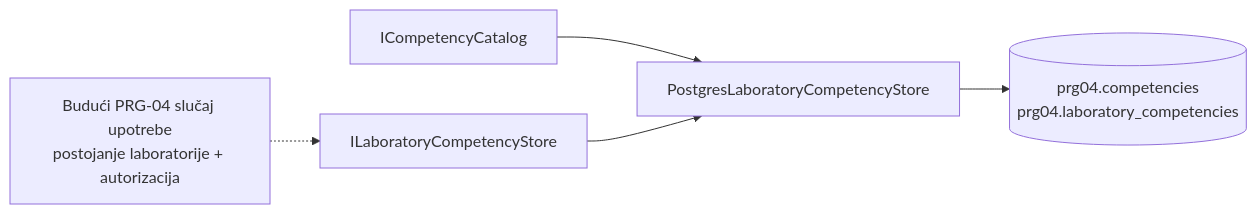
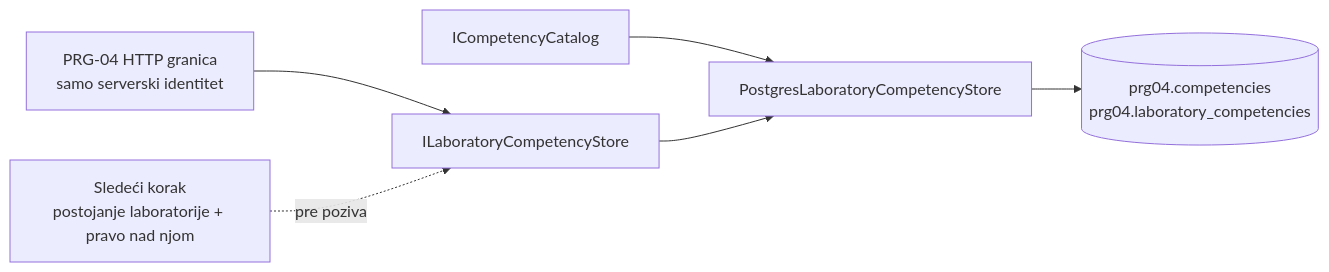
One commit to djufa762x39/security-lab changed the diagram in docs/components/PRG-04-storage.md. Above: the diagram before and after it, drawn with Mermaid. The commit also changed other lines of this file and 7 other files, not shown here.

Commit message:
feat/prg-04/add identity-gated competency API

````diff
--- a/docs/components/PRG-04-storage.md
+++ b/docs/components/PRG-04-storage.md
@@ -51,8 +71,8 @@
 ```mermaid
 flowchart LR
-  Caller["Budući PRG-04 slučaj upotrebe<br/>postojanje laboratorije + autorizacija"]
-  Caller -.-> Store["ILaboratoryCompetencyStore"]
+  Caller["PRG-04 HTTP granica<br/>samo serverski identitet"] --> Store["ILaboratoryCompetencyStore"]
+  Later["Sledeći korak<br/>postojanje laboratorije + pravo nad njom"] -. pre poziva .-> Store
   Catalog["ICompetencyCatalog"] --> Adapter["PostgresLaboratoryCompetencyStore"]
   Store --> Adapter
   Adapter --> DB[("prg04.competencies<br/>prg04.laboratory_competencies")]
 ```
````
